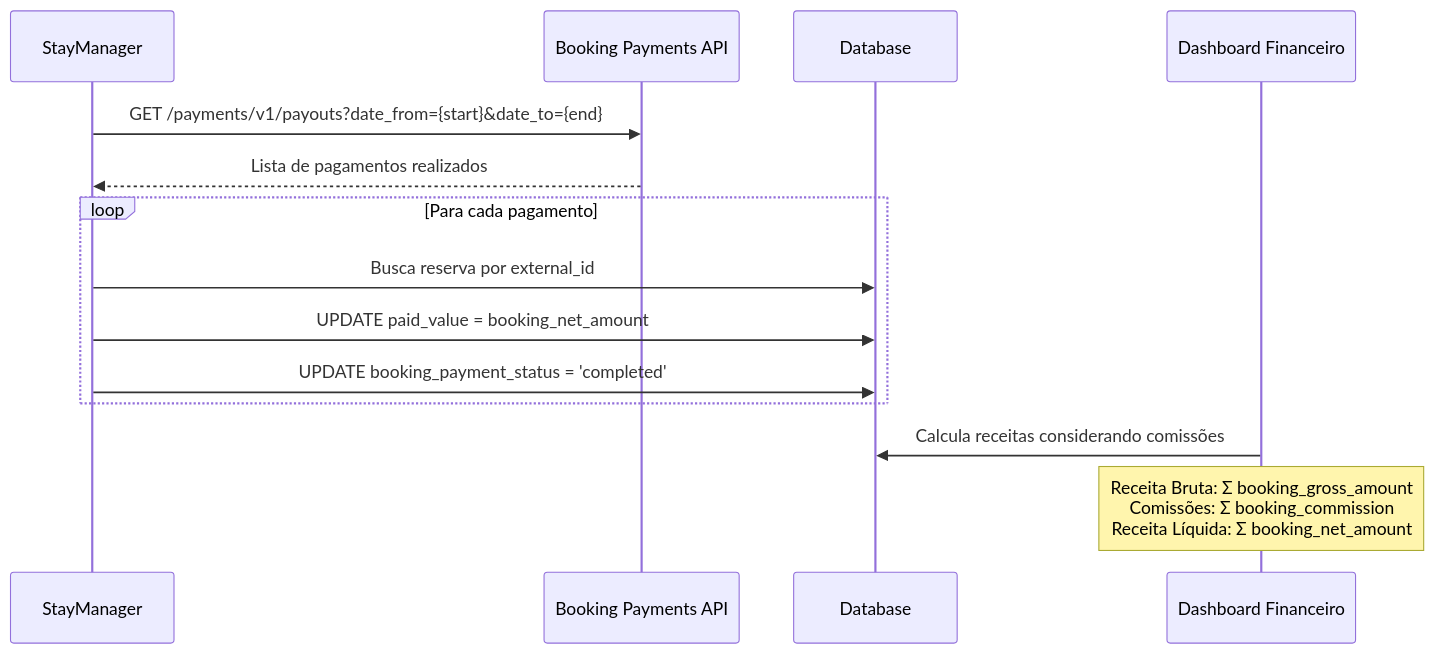
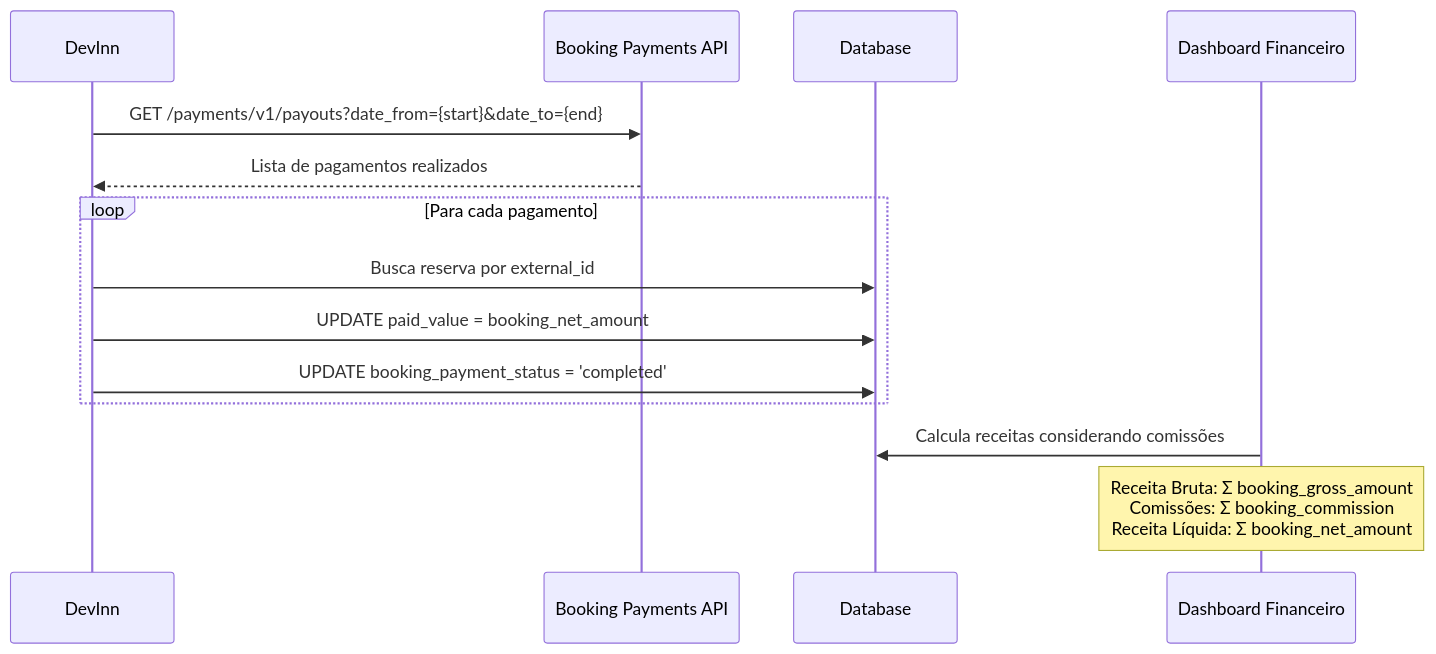
Before and after one commit to raffreitas/devinn: the third of 3 diagrams in docs/INTEGRACAO-BOOKING.md, drawn with Mermaid. The commit also changed other lines of this file and 3 other files, not shown here.

````diff
--- a/docs/INTEGRACAO-BOOKING.md
+++ b/docs/INTEGRACAO-BOOKING.md
@@ -250,19 +250,19 @@
 ```mermaid
 sequenceDiagram
-    participant System as StayManager
+    participant System as DevInn
     participant API as Booking Payments API
     participant DB as Database
     participant Dashboard as Dashboard Financeiro
 
     System->>API: GET /payments/v1/payouts?date_from={start}&date_to={end}
     API-->>System: Lista de pagamentos realizados
 
     loop Para cada pagamento
         System->>DB: Busca reserva por external_id
         System->>DB: UPDATE paid_value = booking_net_amount
         System->>DB: UPDATE booking_payment_status = 'completed'
     end
 
     Dashboard->>DB: Calcula receitas considerando comissões
     Note over Dashboard: Receita Bruta: Σ booking_gross_amount<br/>Comissões: Σ booking_commission<br/>Receita Líquida: Σ booking_net_amount
 ```
````
